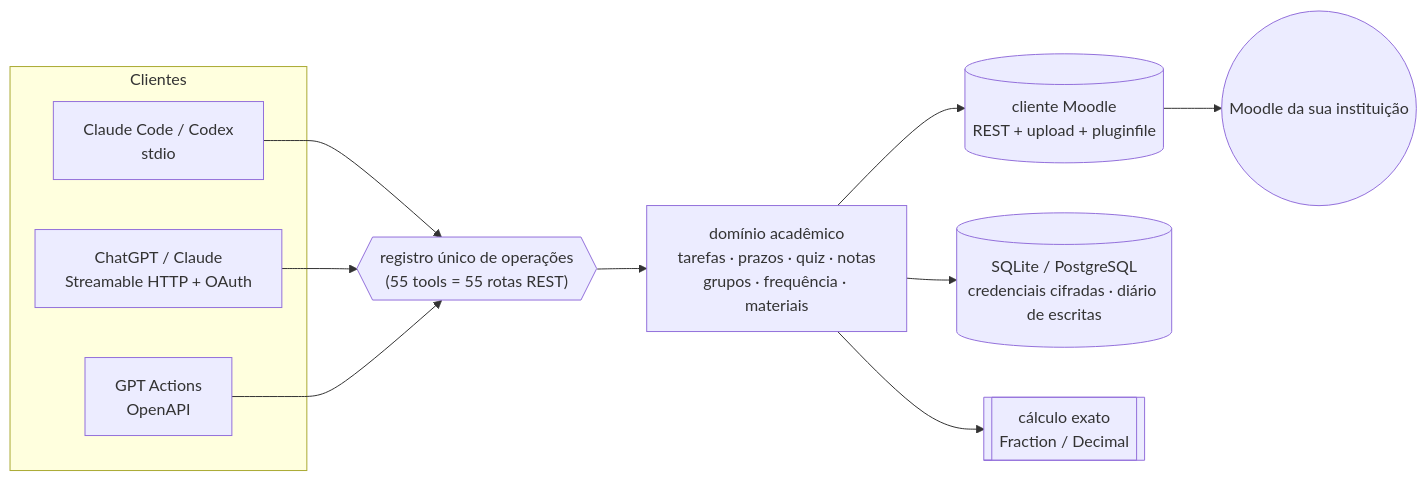
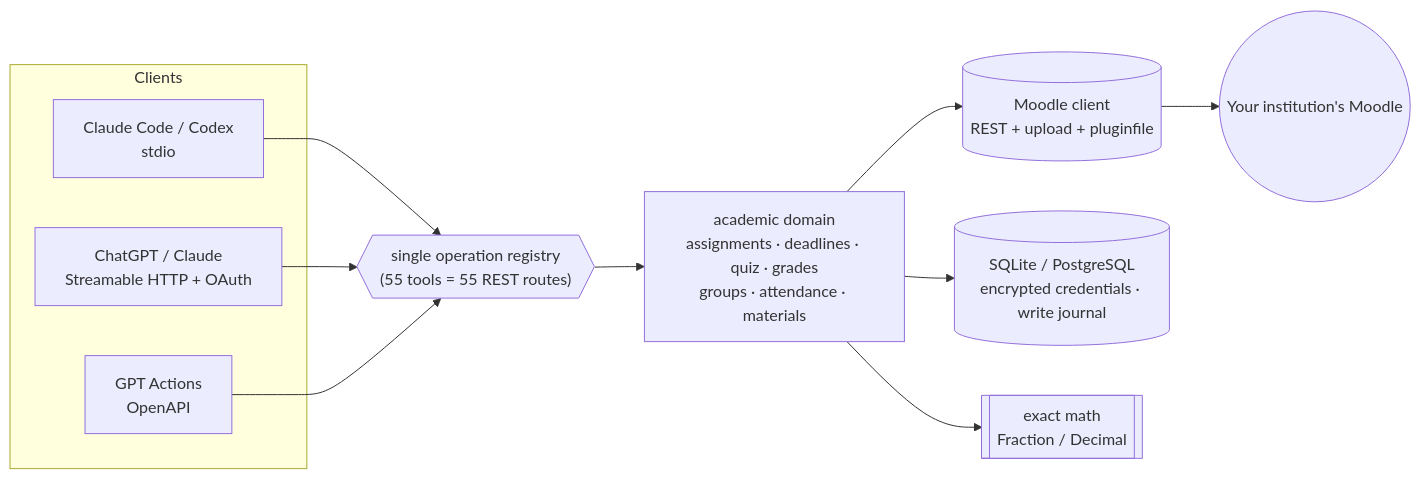
Before and after one commit to jdotc1/moodle-mcp: the diagram in README.md, drawn with Mermaid. The commit also changed other lines of this file and 4 other files, not shown here.

````diff
--- a/README.md
+++ b/README.md
@@ -58,16 +60,16 @@
 ```mermaid
 flowchart LR
-  subgraph Clientes
-    A[Claude Code / Codex<br/>stdio] 
+  subgraph Clients
+    A[Claude Code / Codex<br/>stdio]
     B[ChatGPT / Claude<br/>Streamable HTTP + OAuth]
     C[GPT Actions<br/>OpenAPI]
   end
   A --> R
   B --> R
   C --> R
-  R{{"registro único de operações<br/>(55 tools = 55 rotas REST)"}} --> D[domínio acadêmico<br/>tarefas · prazos · quiz · notas<br/>grupos · frequência · materiais]
-  D --> M[(cliente Moodle<br/>REST + upload + pluginfile)]
-  D --> S[(SQLite / PostgreSQL<br/>credenciais cifradas · diário de escritas)]
-  D --> K[[cálculo exato<br/>Fraction / Decimal]]
-  M --> U((Moodle da sua instituição))
+  R{{"single operation registry<br/>(55 tools = 55 REST routes)"}} --> D[academic domain<br/>assignments · deadlines · quiz · grades<br/>groups · attendance · materials]
+  D --> M[(Moodle client<br/>REST + upload + pluginfile)]
+  D --> S[(SQLite / PostgreSQL<br/>encrypted credentials · write journal)]
+  D --> K[[exact math<br/>Fraction / Decimal]]
+  M --> U((Your institution's Moodle))
 ```
````
